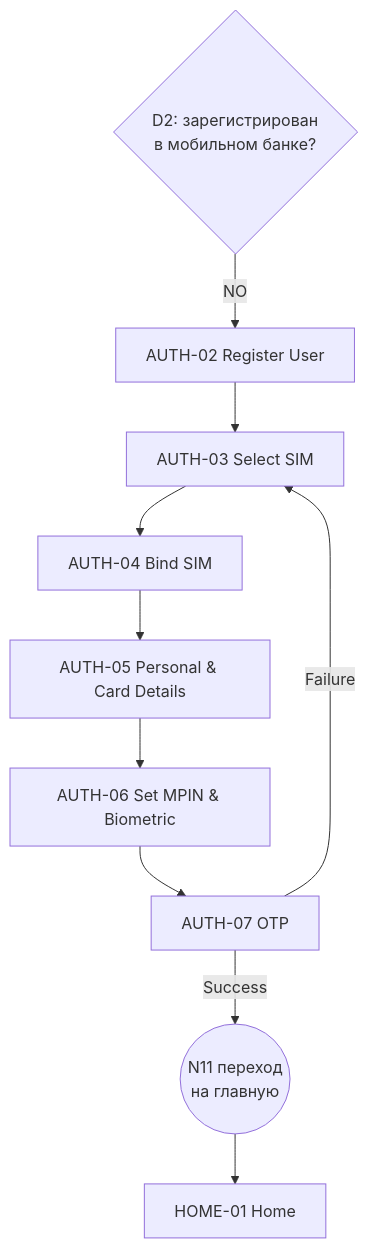
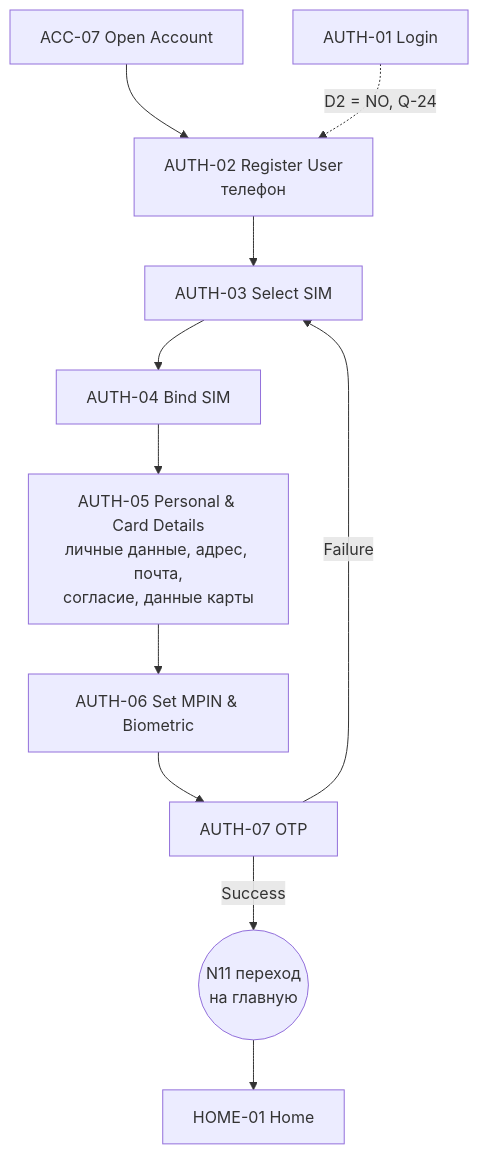
The second of 7 diagrams in docs/ui/USER_FLOWS.md (Shustrjak/claude_repo), drawn with Mermaid before and after one commit. The commit also changed other lines of this file and 6 other files, not shown here.

First line of the commit message:
Apply decisions D-07..D-15 to UI spec and roadmap

````diff
--- a/docs/ui/USER_FLOWS.md
+++ b/docs/ui/USER_FLOWS.md
@@ -52,12 +55,13 @@
 ```mermaid
 flowchart TD
-  D2{D2: зарегистрирован<br/>в мобильном банке?} -- NO --> AUTH02[AUTH-02 Register User]
+  ACC07[ACC-07 Open Account] --> AUTH02[AUTH-02 Register User<br/>телефон]
+  AUTH01[AUTH-01 Login] -. "D2 = NO, Q-24" .-> AUTH02
   AUTH02 --> AUTH03[AUTH-03 Select SIM]
   AUTH03 --> AUTH04[AUTH-04 Bind SIM]
-  AUTH04 --> AUTH05[AUTH-05 Personal & Card Details]
+  AUTH04 --> AUTH05[AUTH-05 Personal & Card Details<br/>личные данные, адрес, почта,<br/>согласие, данные карты]
   AUTH05 --> AUTH06[AUTH-06 Set MPIN & Biometric]
   AUTH06 --> AUTH07[AUTH-07 OTP]
   AUTH07 -- Success --> T11((N11 переход<br/>на главную))
   T11 --> HOME01[HOME-01 Home]
   AUTH07 -- Failure --> AUTH03
 ```
````
